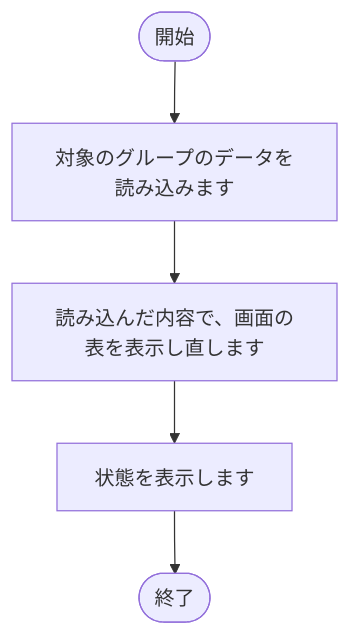
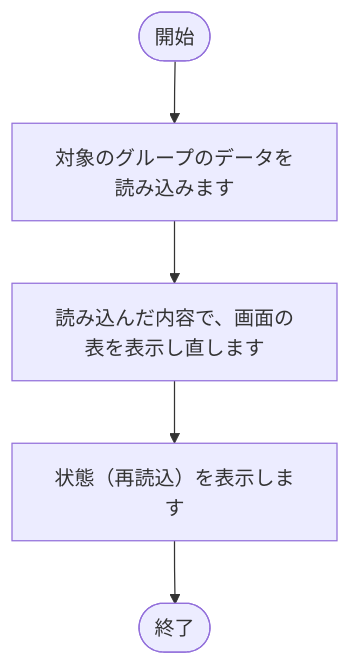
Diagram 21 of 28 in tool/track-aggregator/doc/02_設計/処理フロー.md (nishida2073/project_management), drawn with Mermaid before and after one commit. The commit also changed other lines of this file and 35 other files, not shown here.

````diff
--- a/tool/track-aggregator/doc/02_設計/処理フロー.md
+++ b/tool/track-aggregator/doc/02_設計/処理フロー.md
@@ -557,12 +557,12 @@
 ```mermaid
 flowchart TD
     S(["開始"])
     E(["終了"])
     N1["対象のグループのデータを読み込みます"]
     S --> N1
     N2["読み込んだ内容で、画面の表を表示し直します"]
     N1 --> N2
-    N3["状態を表示します"]
+    N3["状態（再読込）を表示します"]
     N2 --> N3
     N3 --> E
 ```
````
